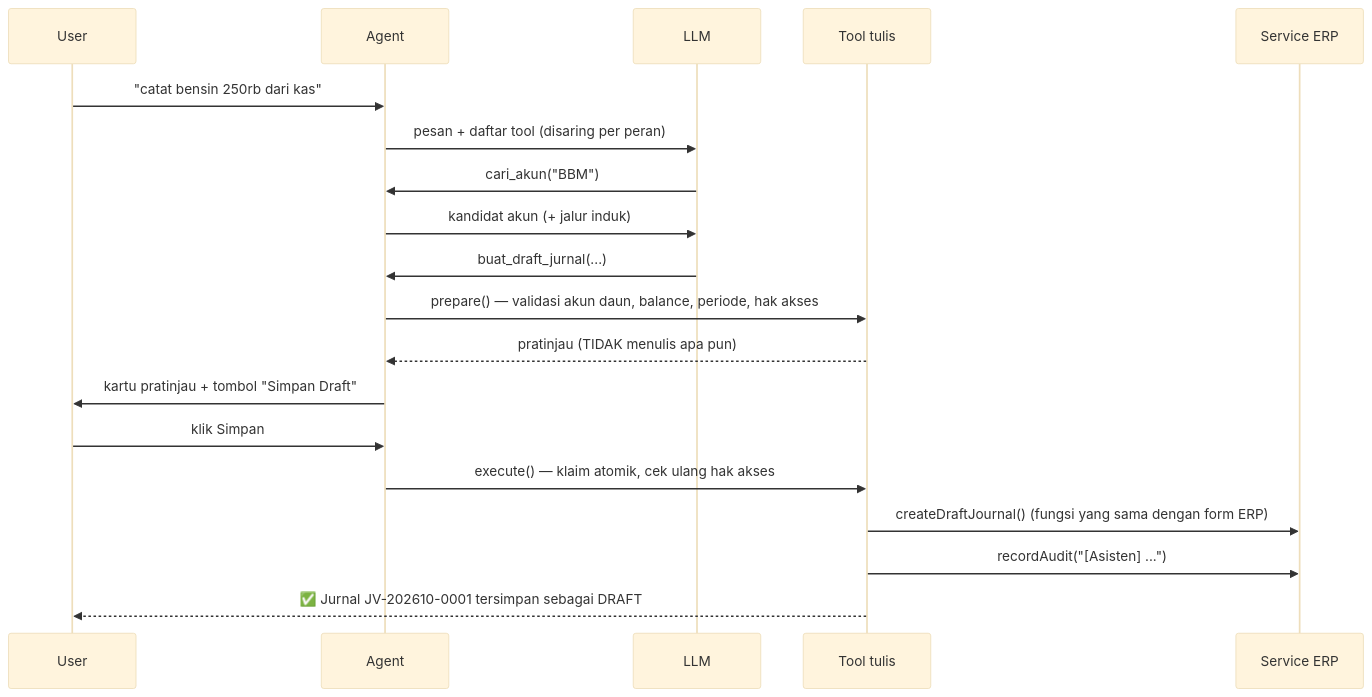
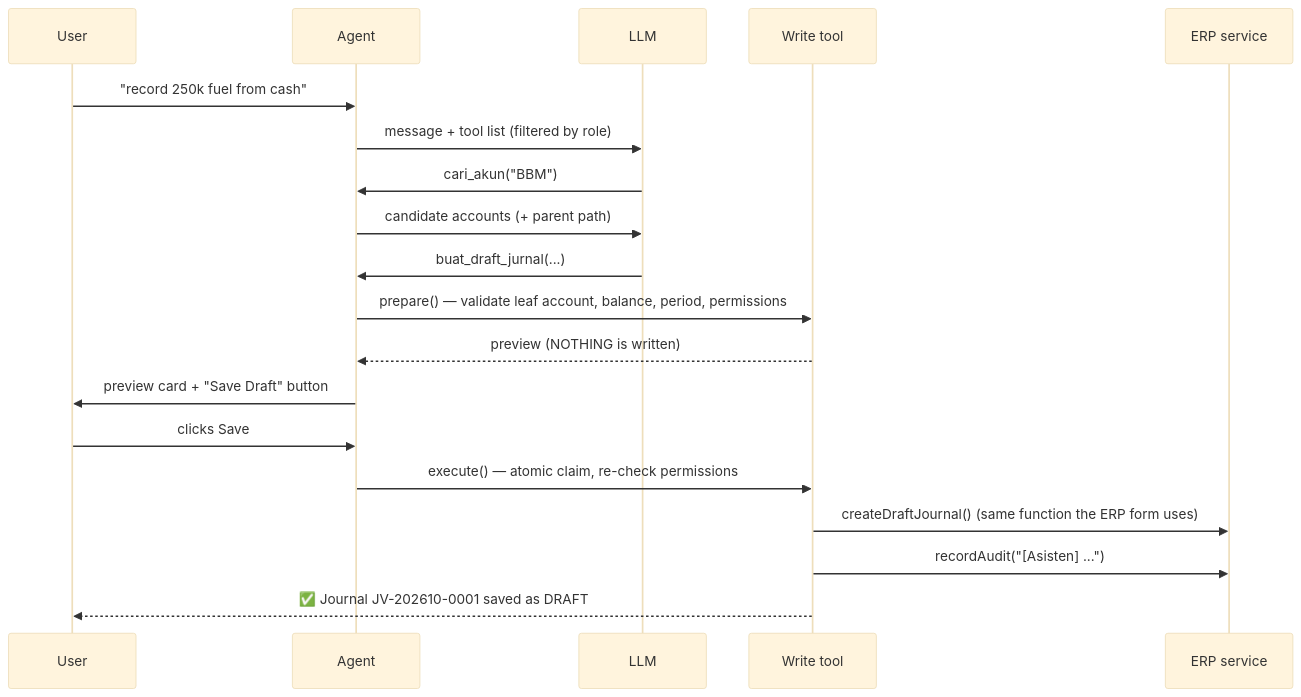
The second of 2 diagrams in README.md (TaufikArsandi/RAG-BLS), drawn with Mermaid (base theme) before and after one commit. The commit also changed other lines of this file, not shown here.

````diff
--- a/README.md
+++ b/README.md
@@ -76,21 +76,21 @@
 ```mermaid
 sequenceDiagram
   participant U as User
   participant A as Agent
   participant L as LLM
-  participant T as Tool tulis
-  participant E as Service ERP
-  U->>A: "catat bensin 250rb dari kas"
-  A->>L: pesan + daftar tool (disaring per peran)
+  participant T as Write tool
+  participant E as ERP service
+  U->>A: "record 250k fuel from cash"
+  A->>L: message + tool list (filtered by role)
   L->>A: cari_akun("BBM")
-  A->>L: kandidat akun (+ jalur induk)
+  A->>L: candidate accounts (+ parent path)
   L->>A: buat_draft_jurnal(...)
-  A->>T: prepare() — validasi akun daun, balance, periode, hak akses
-  T-->>A: pratinjau (TIDAK menulis apa pun)
-  A->>U: kartu pratinjau + tombol "Simpan Draft"
-  U->>A: klik Simpan
-  A->>T: execute() — klaim atomik, cek ulang hak akses
-  T->>E: createDraftJournal() (fungsi yang sama dengan form ERP)
+  A->>T: prepare() — validate leaf account, balance, period, permissions
+  T-->>A: preview (NOTHING is written)
+  A->>U: preview card + "Save Draft" button
+  U->>A: clicks Save
+  A->>T: execute() — atomic claim, re-check permissions
+  T->>E: createDraftJournal() (same function the ERP form uses)
   T->>E: recordAudit("[Asisten] ...")
-  T-->>U: ✅ Jurnal JV-202610-0001 tersimpan sebagai DRAFT
+  T-->>U: ✅ Journal JV-202610-0001 saved as DRAFT
 ```
````
